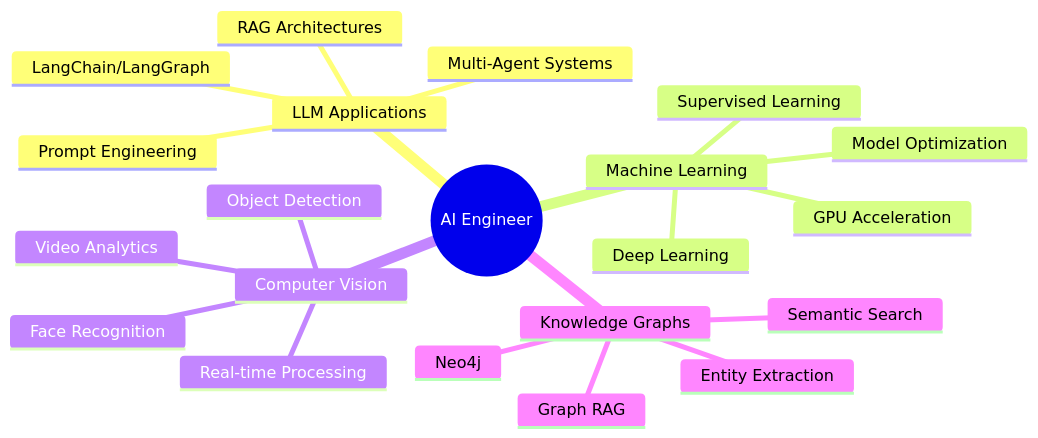
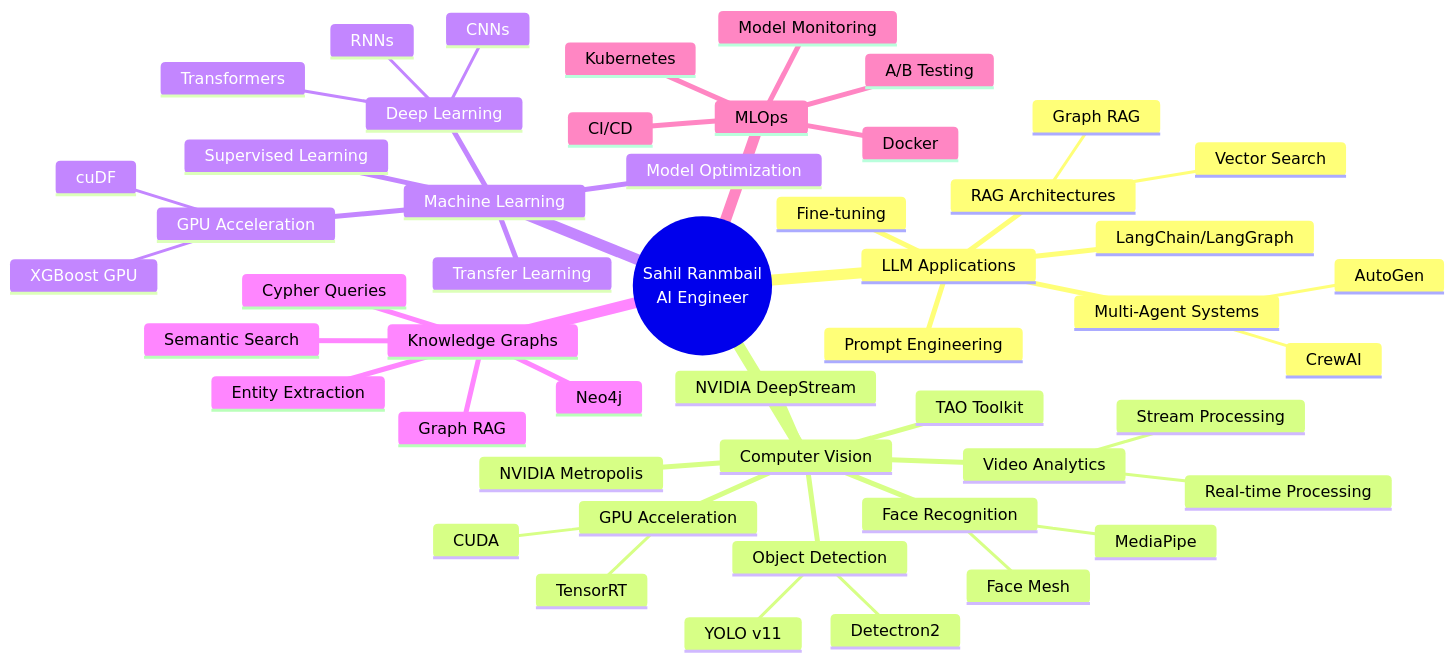
One commit to SahiL911999/SahiL911999 changed the diagram in README.md. Above: the diagram before and after it, drawn with Mermaid. The commit also changed other lines of this file, not shown here.

````diff
--- a/README.md
+++ b/README.md
@@ -256,24 +350,53 @@
 ```mermaid
 mindmap
-  root((AI Engineer))
+  root((Sahil Ranmbail<br/>AI Engineer))
     LLM Applications
       Multi-Agent Systems
+        CrewAI
+        AutoGen
       RAG Architectures
+        Graph RAG
+        Vector Search
       Prompt Engineering
       LangChain/LangGraph
+      Fine-tuning
+    Computer Vision
+      NVIDIA DeepStream
+      NVIDIA Metropolis
+      TAO Toolkit
+      Object Detection
+        YOLO v11
+        Detectron2
+      Face Recognition
+        MediaPipe
+        Face Mesh
+      Video Analytics
+        Real-time Processing
+        Stream Processing
+      GPU Acceleration
+        CUDA
+        TensorRT
     Machine Learning
       Supervised Learning
       Deep Learning
+        CNNs
+        RNNs
+        Transformers
       Model Optimization
       GPU Acceleration
-    Computer Vision
-      Object Detection
-      Face Recognition
-      Video Analytics
-      Real-time Processing
+        XGBoost GPU
+        cuDF
+      Transfer Learning
     Knowledge Graphs
       Neo4j
       Graph RAG
       Semantic Search
       Entity Extraction
+      Cypher Queries
+    MLOps
+      Docker
+      Kubernetes
+      CI/CD
+      Model Monitoring
+      A/B Testing
 ```
````
